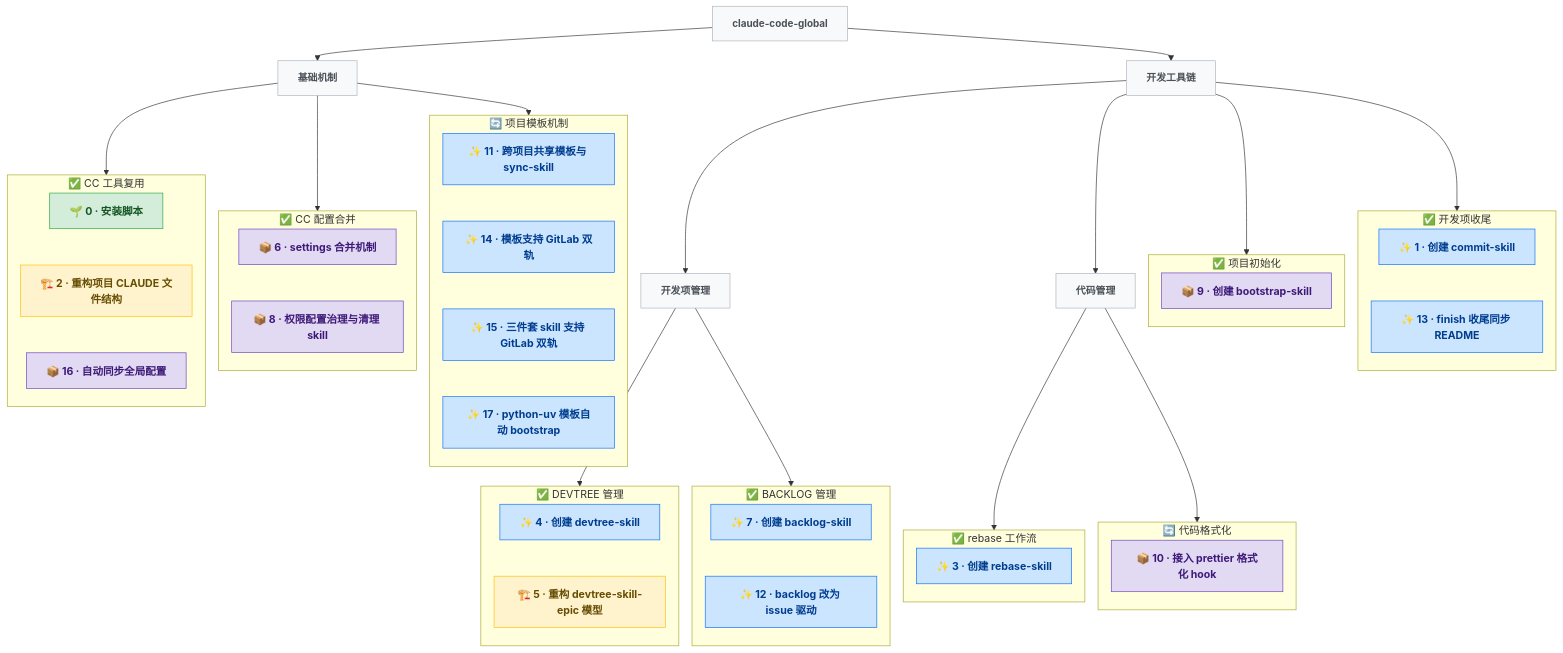
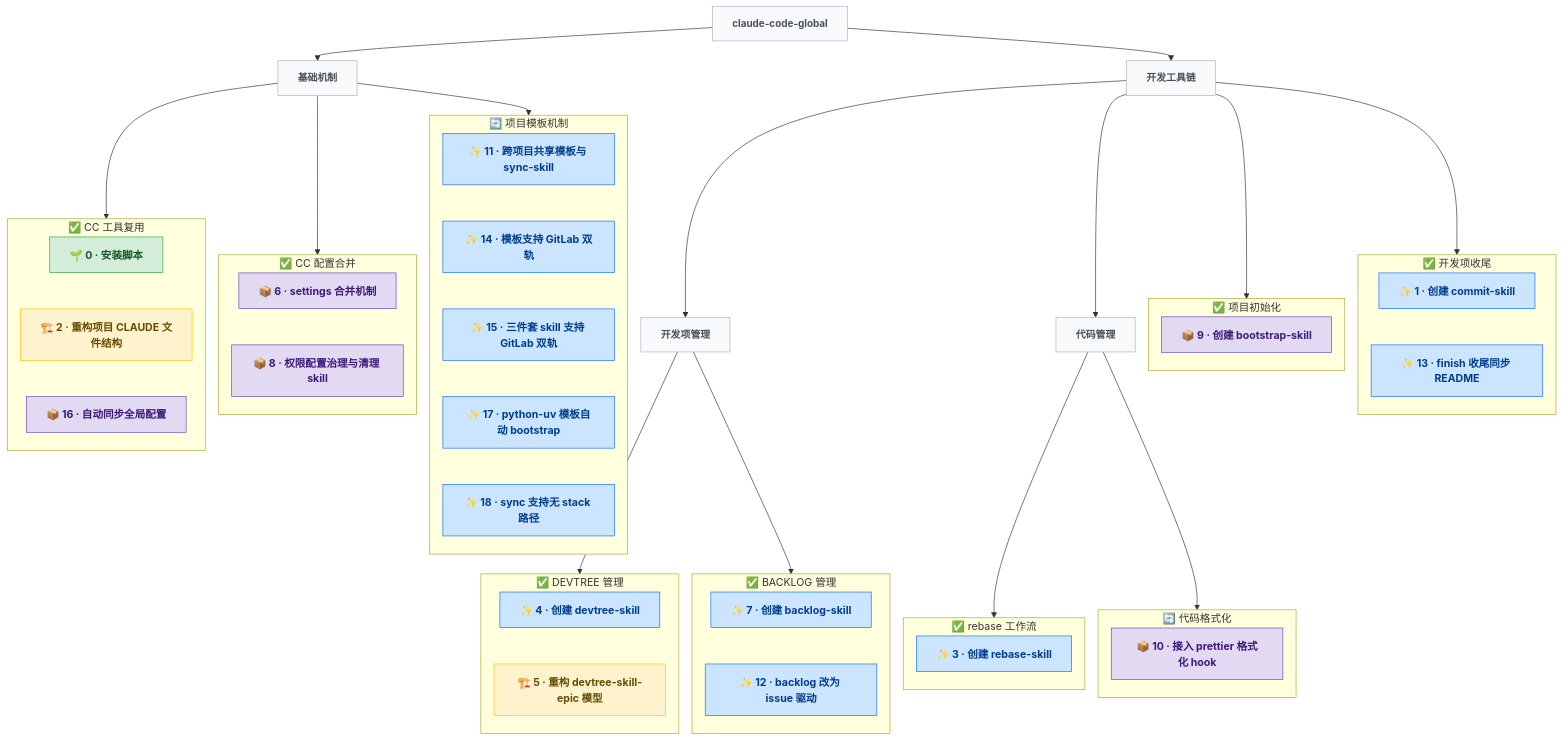
Before and after one commit to pkulijing/claude-code-global: the diagram in docs/DEVTREE.md, drawn with Mermaid. The commit also changed other lines of this file and 6 other files, not shown here.

First line of the commit message:
feat(sync-project-config): 支持「无 stack 只 _common」的 marker 形态

```diff
--- a/docs/DEVTREE.md
+++ b/docs/DEVTREE.md
@@ -63,9 +63,11 @@
     N14["✨ 14 · 模板支持 GitLab 双轨"]:::feature
     N15["✨ 15 · 三件套 skill 支持 GitLab 双轨"]:::feature
     N17["✨ 17 · python-uv 模板自动 bootstrap"]:::feature
+    N18["✨ 18 · sync 支持无 stack 路径"]:::feature
     N11 ~~~ N14
     N14 ~~~ N15
     N15 ~~~ N17
+    N17 ~~~ N18
   end
 
   subgraph e_bootstrap["✅ 项目初始化"]
```
